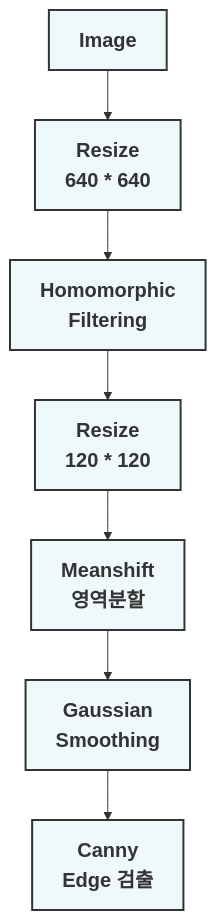
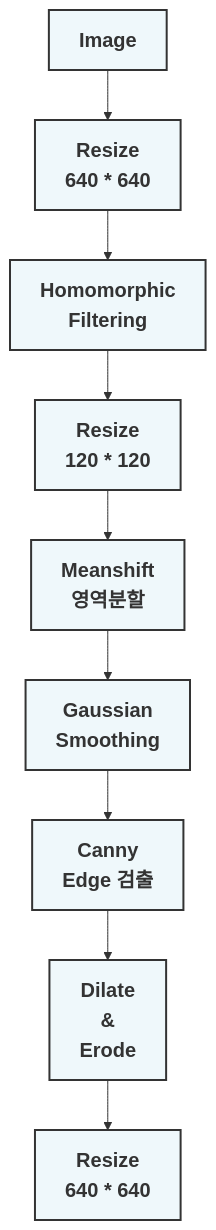
The second of 2 diagrams in Readme.md (201710808/-p), drawn with Mermaid before and after one commit.

````diff
--- a/Readme.md
+++ b/Readme.md
@@ -13,18 +13,22 @@
 ```mermaid
 graph
 A[<b><span style='font-size:20px'>Image</span></b>]-->B[<b><span style='font-size:20px'>Resize<br>640 * 640</span></b>]
 B-->C[<b><span style='font-size:20px'>Homomorphic<br>Filtering</span></b>]
 C-->D[<b><span style='font-size:20px'>Resize<br>120 * 120</span></b>]
 D-->E[<b><span style='font-size:20px'>Meanshift<br>영역분할</span></b>]
 E-->F[<b><span style='font-size:20px'>Gaussian<br>Smoothing</span></b>]
 F-->G[<b><span style='font-size:20px'>Canny<br>Edge 검출</span></b>]
+G-->H[<b><span style='font-size:20px'>Dilate<br>&<br>Erode</span></b>]
+H-->I[<b><span style='font-size:20px'>Resize<br>640 * 640</span></b>]
 
 
 style A fill:#EFF8FB ,stroke:#333,stroke-width:2px
 style B fill:#EFF8FB ,stroke:#333,stroke-width:2px
 style C fill:#EFF8FB ,stroke:#333,stroke-width:2px
 style D fill:#EFF8FB ,stroke:#333,stroke-width:2px
 style E fill:#EFF8FB ,stroke:#333,stroke-width:2px
 style F fill:#EFF8FB ,stroke:#333,stroke-width:2px
 style G fill:#EFF8FB ,stroke:#333,stroke-width:2px
+style H fill:#EFF8FB ,stroke:#333,stroke-width:2px
+style I fill:#EFF8FB ,stroke:#333,stroke-width:2px
 ```
````
